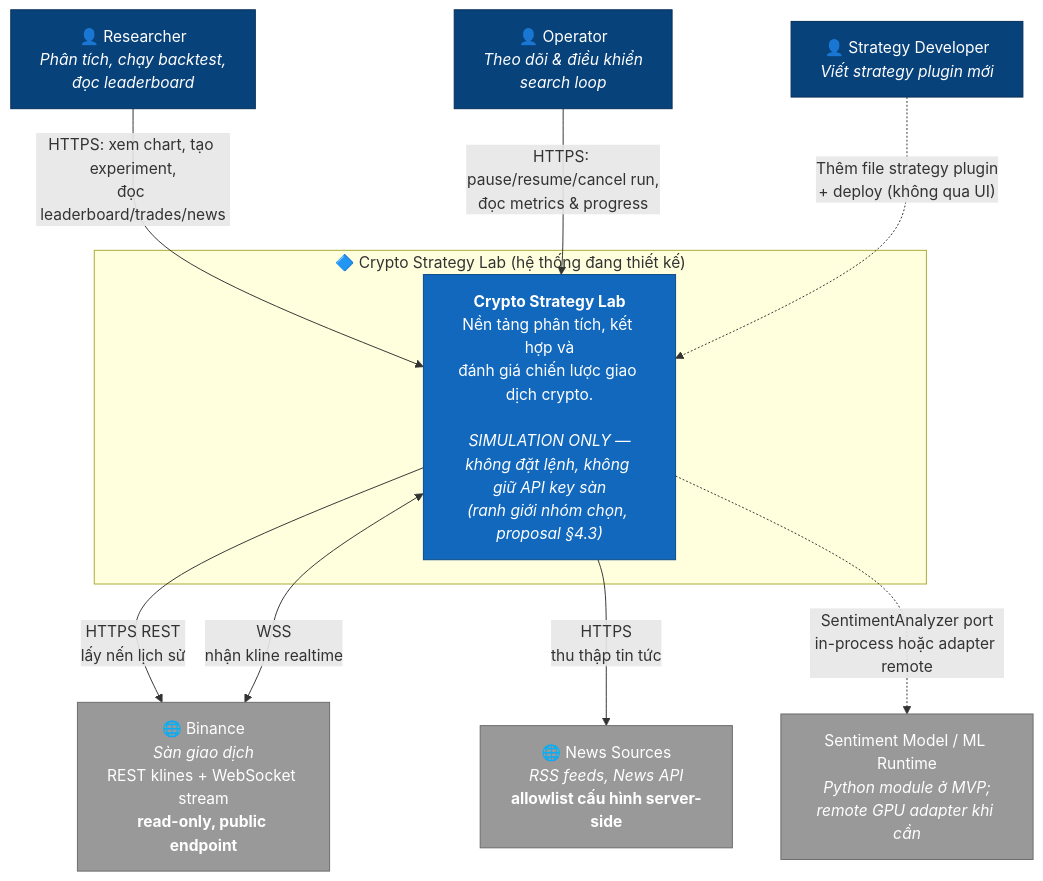
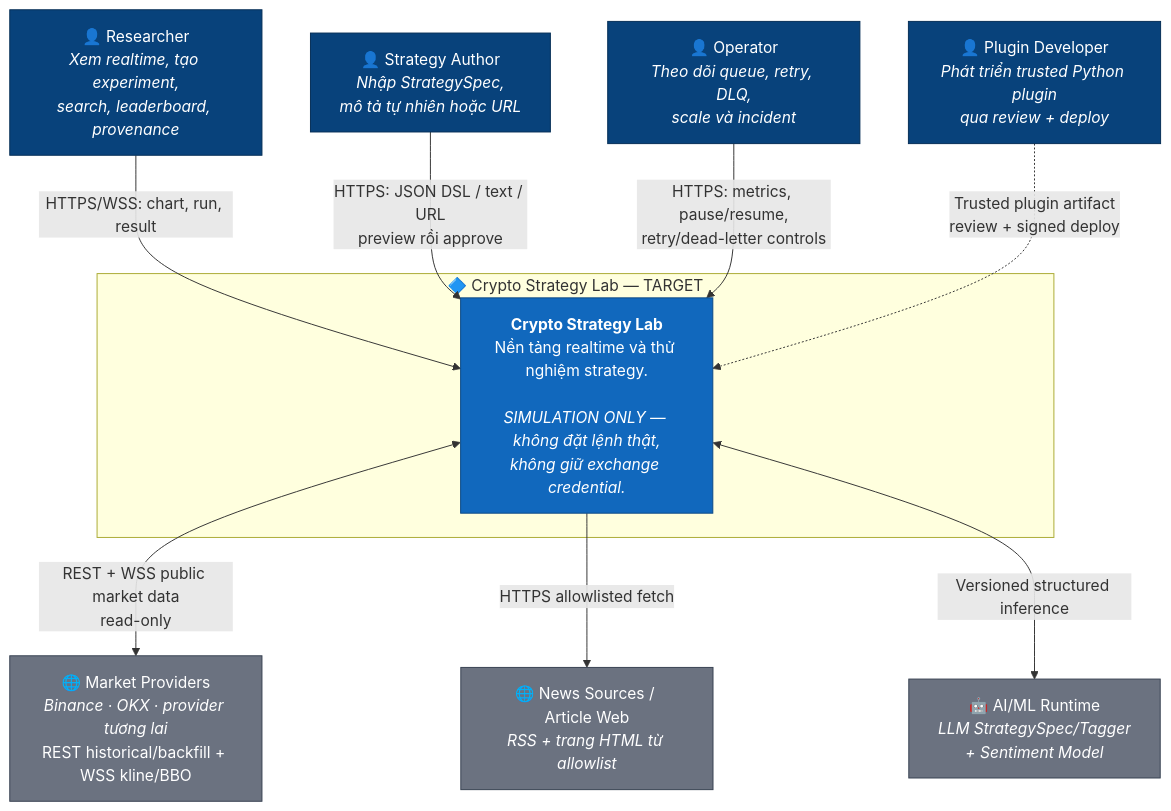
Before and after one commit to EnsoTech-Studio/CryptoBot: the diagram in blueprint/assets/diagrams/01-c4-l1-system-context.mmd, drawn with Mermaid. The commit also changed other lines of this file and 139 other files, not shown here.

```diff
--- a/blueprint/assets/diagrams/01-c4-l1-system-context.mmd
+++ b/blueprint/assets/diagrams/01-c4-l1-system-context.mmd
@@ -1,28 +1,29 @@
 flowchart TB
-    Researcher["👤 Researcher<br/><i>Phân tích, chạy backtest,<br/>đọc leaderboard</i>"]
-    Operator["👤 Operator<br/><i>Theo dõi & điều khiển<br/>search loop</i>"]
-    Developer["👤 Strategy Developer<br/><i>Viết strategy plugin mới</i>"]
+    Researcher["👤 Researcher<br/><i>Xem realtime, tạo experiment,<br/>search, leaderboard, provenance</i>"]
+    Author["👤 Strategy Author<br/><i>Nhập StrategySpec,<br/>mô tả tự nhiên hoặc URL</i>"]
+    Operator["👤 Operator<br/><i>Theo dõi queue, retry, DLQ,<br/>scale và incident</i>"]
+    Developer["👤 Plugin Developer<br/><i>Phát triển trusted Python plugin<br/>qua review + deploy</i>"]
 
-    subgraph SystemBoundary["🔷 Crypto Strategy Lab (hệ thống đang thiết kế)"]
-        System["<b>Crypto Strategy Lab</b><br/>Nền tảng phân tích, kết hợp và<br/>đánh giá chiến lược giao dịch crypto.<br/><br/><i>SIMULATION ONLY —<br/>không đặt lệnh, không giữ API key sàn<br/>(ranh giới nhóm chọn, proposal §4.3)</i>"]
+    subgraph SystemBoundary["🔷 Crypto Strategy Lab — TARGET"]
+        System["<b>Crypto Strategy Lab</b><br/>Nền tảng realtime và thử nghiệm strategy.<br/><br/><i>SIMULATION ONLY — không đặt lệnh thật,<br/>không giữ exchange credential.</i>"]
     end
 
-    Binance["🌐 Binance<br/><i>Sàn giao dịch</i><br/>REST klines + WebSocket stream<br/><b>read-only, public endpoint</b>"]
-    NewsSrc["🌐 News Sources<br/><i>RSS feeds, News API</i><br/><b>allowlist cấu hình server-side</b>"]
-    MLModel["Sentiment Model / ML Runtime<br/><i>Python module ở MVP;<br/>remote GPU adapter khi cần</i>"]
+    Exchanges["🌐 Market Providers<br/><i>Binance · OKX · provider tương lai</i><br/>REST historical/backfill + WSS kline/BBO"]
+    NewsWeb["🌐 News Sources / Article Web<br/><i>RSS + trang HTML từ allowlist</i>"]
+    Models["🤖 AI/ML Runtime<br/><i>LLM StrategySpec/Tagger<br/>+ Sentiment Model</i>"]
 
-    Researcher -->|"HTTPS: xem chart, tạo experiment,<br/>đọc leaderboard/trades/news"| System
-    Operator -->|"HTTPS: pause/resume/cancel run,<br/>đọc metrics & progress"| System
-    Developer -.->|"Thêm file strategy plugin<br/>+ deploy (không qua UI)"| System
+    Researcher -->|"HTTPS/WSS: chart, run, result"| System
+    Author -->|"HTTPS: JSON DSL / text / URL<br/>preview rồi approve"| System
+    Operator -->|"HTTPS: metrics, pause/resume,<br/>retry/dead-letter controls"| System
+    Developer -.->|"Trusted plugin artifact<br/>review + signed deploy"| System
 
-    System -->|"HTTPS REST<br/>lấy nến lịch sử"| Binance
-    System <-->|"WSS<br/>nhận kline realtime"| Binance
-    System -->|"HTTPS<br/>thu thập tin tức"| NewsSrc
-    System -.->|"SentimentAnalyzer port<br/>in-process hoặc adapter remote"| MLModel
+    System <-->|"REST + WSS public market data<br/>read-only"| Exchanges
+    System -->|"HTTPS allowlisted fetch"| NewsWeb
+    System <-->|"Versioned structured inference"| Models
 
     classDef person fill:#08427b,stroke:#052e56,color:#fff
     classDef system fill:#1168bd,stroke:#0b4884,color:#fff
-    classDef external fill:#999,stroke:#6b6b6b,color:#fff
-    class Researcher,Operator,Developer person
+    classDef external fill:#6b7280,stroke:#374151,color:#fff
+    class Researcher,Author,Operator,Developer person
     class System system
-    class Binance,NewsSrc,MLModel external
+    class Exchanges,NewsWeb,Models external
```
